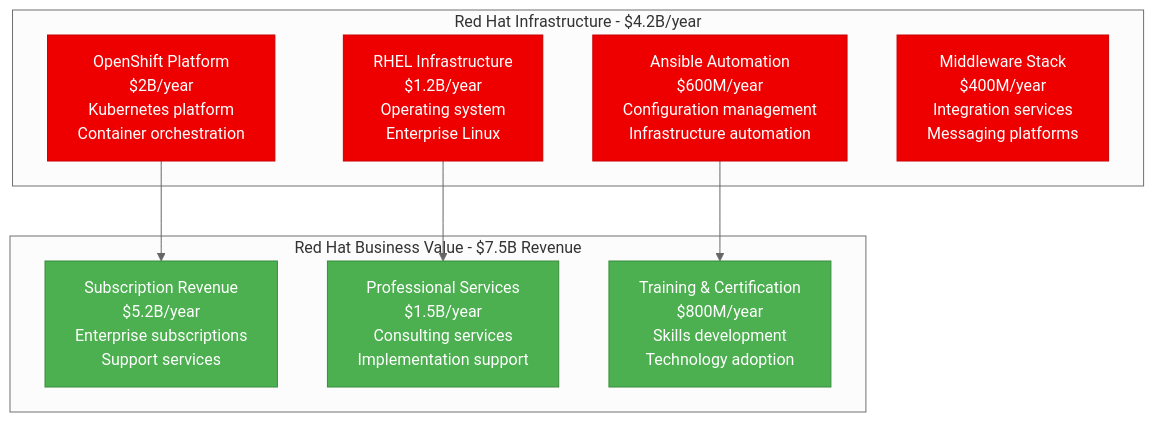
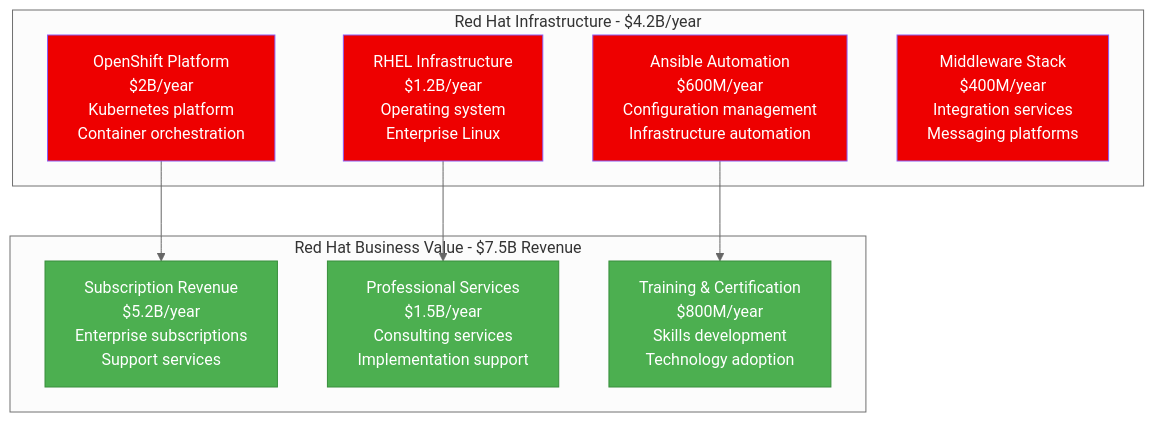
Before and after one commit to deepaucksharma/DS: the third of 11 diagrams in site/docs/costs/ibm-cloud-infrastructure-breakdown.md, drawn with Mermaid (neutral theme). The commit also changed other lines of this file and 187 other files, not shown here.

````diff
--- a/site/docs/costs/ibm-cloud-infrastructure-breakdown.md
+++ b/site/docs/costs/ibm-cloud-infrastructure-breakdown.md
@@ -104,25 +104,25 @@
 ```mermaid
 graph TB
     subgraph Red_Hat_Infrastructure[Red Hat Infrastructure - $4.2B/year]
         OPENSHIFT_PLATFORM[OpenShift Platform<br/>$2B/year<br/>Kubernetes platform<br/>Container orchestration]
         RHEL_INFRASTRUCTURE[RHEL Infrastructure<br/>$1.2B/year<br/>Operating system<br/>Enterprise Linux]
         ANSIBLE_AUTOMATION[Ansible Automation<br/>$600M/year<br/>Configuration management<br/>Infrastructure automation]
         MIDDLEWARE_STACK[Middleware Stack<br/>$400M/year<br/>Integration services<br/>Messaging platforms]
     end
 
     subgraph Red_Hat_Business_Value[Red Hat Business Value - $7.5B Revenue]
         SUBSCRIPTION_REVENUE[Subscription Revenue<br/>$5.2B/year<br/>Enterprise subscriptions<br/>Support services]
         PROFESSIONAL_SERVICES[Professional Services<br/>$1.5B/year<br/>Consulting services<br/>Implementation support]
         TRAINING_CERTIFICATION[Training & Certification<br/>$800M/year<br/>Skills development<br/>Technology adoption]
     end
 
     OPENSHIFT_PLATFORM --> SUBSCRIPTION_REVENUE
     RHEL_INFRASTRUCTURE --> PROFESSIONAL_SERVICES
     ANSIBLE_AUTOMATION --> TRAINING_CERTIFICATION
 
-    classDef redhatStyle fill:#EE0000,stroke:#CC0000,color:#fff
+    classDef redhatStyle fill:#EE0000,stroke:#8B5CF6,color:#fff
     classDef revenueStyle fill:#4CAF50,stroke:#388E3C,color:#fff
 
     class OPENSHIFT_PLATFORM,RHEL_INFRASTRUCTURE,ANSIBLE_AUTOMATION,MIDDLEWARE_STACK redhatStyle
     class SUBSCRIPTION_REVENUE,PROFESSIONAL_SERVICES,TRAINING_CERTIFICATION revenueStyle
 ```
````
